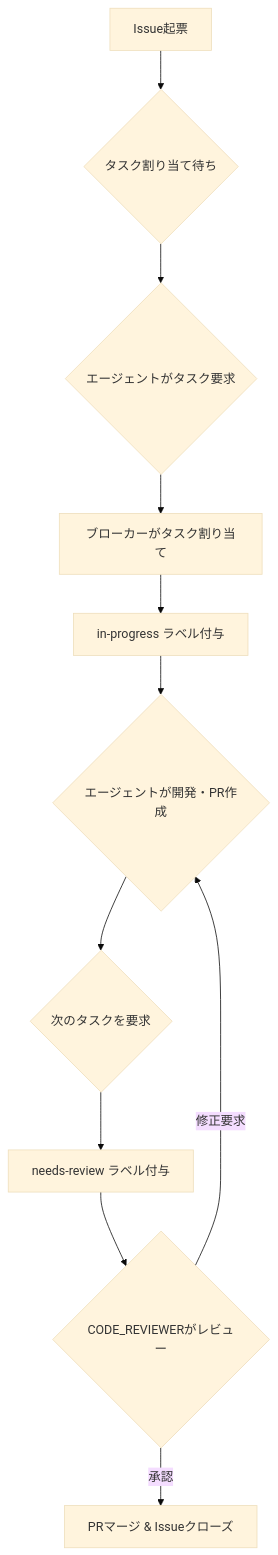
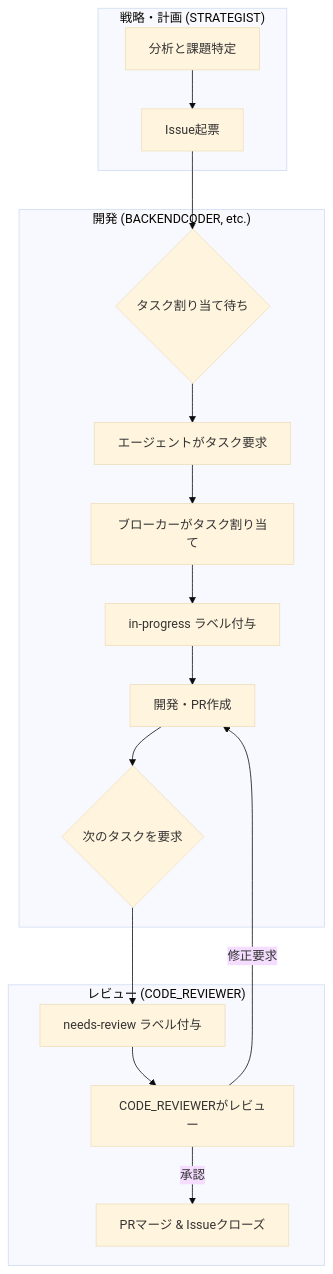
One commit to masa-codehub/github_broker changed the diagram in docs/guides/development-workflow.md. Above: the diagram before and after it, drawn with Mermaid (base theme). The commit also changed other lines of this file, not shown here.

Commit message:
docs: 現状の分析に基づき開発ワークフローを更新

````diff
--- a/docs/guides/development-workflow.md
+++ b/docs/guides/development-workflow.md
@@ -9,13 +9,23 @@
 ```mermaid
 graph TD
-    A[Issue起票] --> B{タスク割り当て待ち};
-    B --> C{エージェントがタスク要求};
-    C --> D[ブローカーがタスク割り当て];
-    D --> E[in-progress ラベル付与];
-    E --> F{エージェントが開発・PR作成};
-    F --> G{次のタスクを要求};
-    G --> H[needs-review ラベル付与];
-    H --> I{CODE_REVIEWERがレビュー};
-    I -- 承認 --> J[PRマージ & Issueクローズ];
-    I -- 修正要求 --> F;
+    subgraph "戦略・計画 (STRATEGIST)"
+        A[分析と課題特定] --> B[Issue起票];
+    end
+
+    subgraph "開発 (BACKENDCODER, etc.)"
+        C{タスク割り当て待ち} --> D[エージェントがタスク要求];
+        D --> E[ブローカーがタスク割り当て];
+        E --> F[in-progress ラベル付与];
+        F --> G[開発・PR作成];
+        G --> H{次のタスクを要求};
+    end
+
+    subgraph "レビュー (CODE_REVIEWER)"
+        I[needs-review ラベル付与] --> J[CODE_REVIEWERがレビュー];
+        J -- 承認 --> K[PRマージ & Issueクローズ];
+        J -- 修正要求 --> G;
+    end
+
+    B --> C;
+    H --> I;
 ```
````
